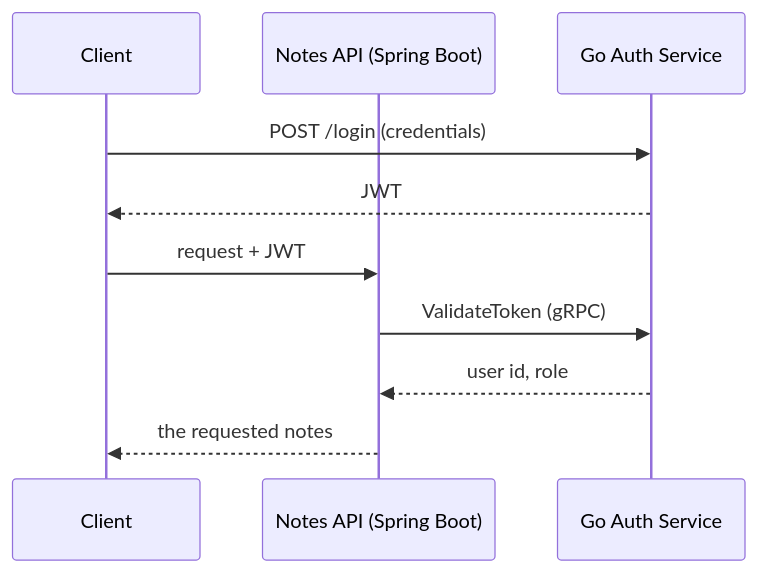
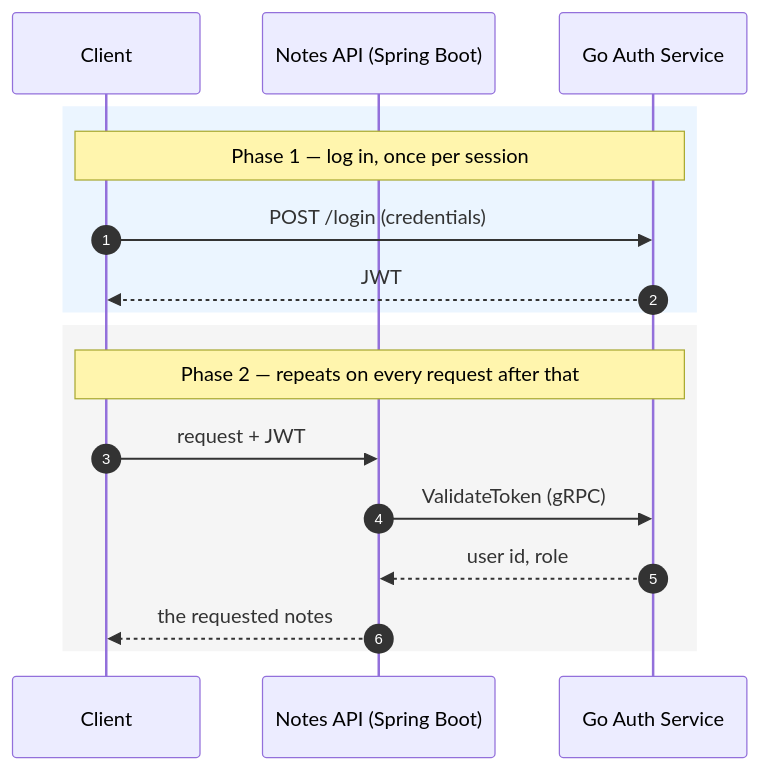
Before and after one commit to AshrafAhmed9/go-auth-service: the diagram in README.md, drawn with Mermaid. The commit also changed other lines of this file, not shown here.

Commit message:
Group the sequence diagram into a login phase and a per-request phase, with autonumbered steps

````diff
--- a/README.md
+++ b/README.md
@@ -34,13 +34,21 @@
 ```mermaid
 sequenceDiagram
+    autonumber
     participant Client
     participant Java as Notes API (Spring Boot)
     participant Go as Go Auth Service
 
+    rect rgb(235, 245, 255)
+    note over Client, Go: Phase 1 — log in, once per session
     Client->>Go: POST /login (credentials)
     Go-->>Client: JWT
+    end
+
+    rect rgb(245, 245, 245)
+    note over Client, Go: Phase 2 — repeats on every request after that
     Client->>Java: request + JWT
     Java->>Go: ValidateToken (gRPC)
     Go-->>Java: user id, role
     Java-->>Client: the requested notes
+    end
 ```
````
